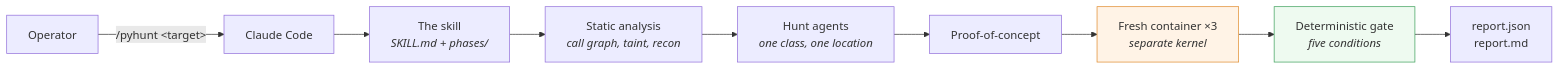
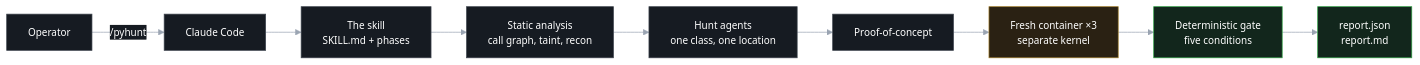
Before and after one commit to 0xsharz/pyhunt: the first of 4 diagrams in README.md, drawn with Mermaid. The commit also changed other lines of this file and 1 other file, not shown here.

````diff
--- a/README.md
+++ b/README.md
@@ -33,14 +33,19 @@
 ```mermaid
+%%{init: {"theme":"base","themeVariables":{"background":"#0d1117","primaryColor":"#161b22","primaryTextColor":"#ffffff","primaryBorderColor":"#3d444d","lineColor":"#9aa4b2","secondaryColor":"#1c2128","tertiaryColor":"#21262d","mainBkg":"#161b22","textColor":"#ffffff","nodeTextColor":"#ffffff","edgeLabelBackground":"#161b22","fontSize":"14px"}}}%%
 flowchart LR
-    OP["Operator"] -->|"/pyhunt &lt;target&gt;"| CC["Claude Code"]
-    CC --> SK["The skill<br/><i>SKILL.md + phases/</i>"]
-    SK --> AN["Static analysis<br/><i>call graph, taint, recon</i>"]
-    AN --> HU["Hunt agents<br/><i>one class, one location</i>"]
+    OP["Operator"] -->|"/pyhunt"| CC["Claude Code"]
+    CC --> SK["The skill<br/>SKILL.md + phases"]
+    SK --> AN["Static analysis<br/>call graph, taint, recon"]
+    AN --> HU["Hunt agents<br/>one class, one location"]
     HU --> PO["Proof-of-concept"]
-    PO --> CT["Fresh container ×3<br/><i>separate kernel</i>"]
-    CT --> GA["Deterministic gate<br/><i>five conditions</i>"]
+    PO --> CT["Fresh container ×3<br/>separate kernel"]
+    CT --> GA["Deterministic gate<br/>five conditions"]
     GA --> RE["report.json<br/>report.md"]
 
-    style GA fill:#eefaf0,stroke:#3fa15c
-    style CT fill:#fff3e6,stroke:#e08c2e
+    classDef base fill:#161b22,stroke:#3d444d,color:#ffffff
+    classDef run fill:#2a2113,stroke:#9e7b28,color:#ffffff
+    classDef good fill:#12261c,stroke:#2ea043,color:#ffffff
+    class OP,CC,SK,AN,HU,PO base
+    class CT run
+    class GA,RE good
 ```
````
